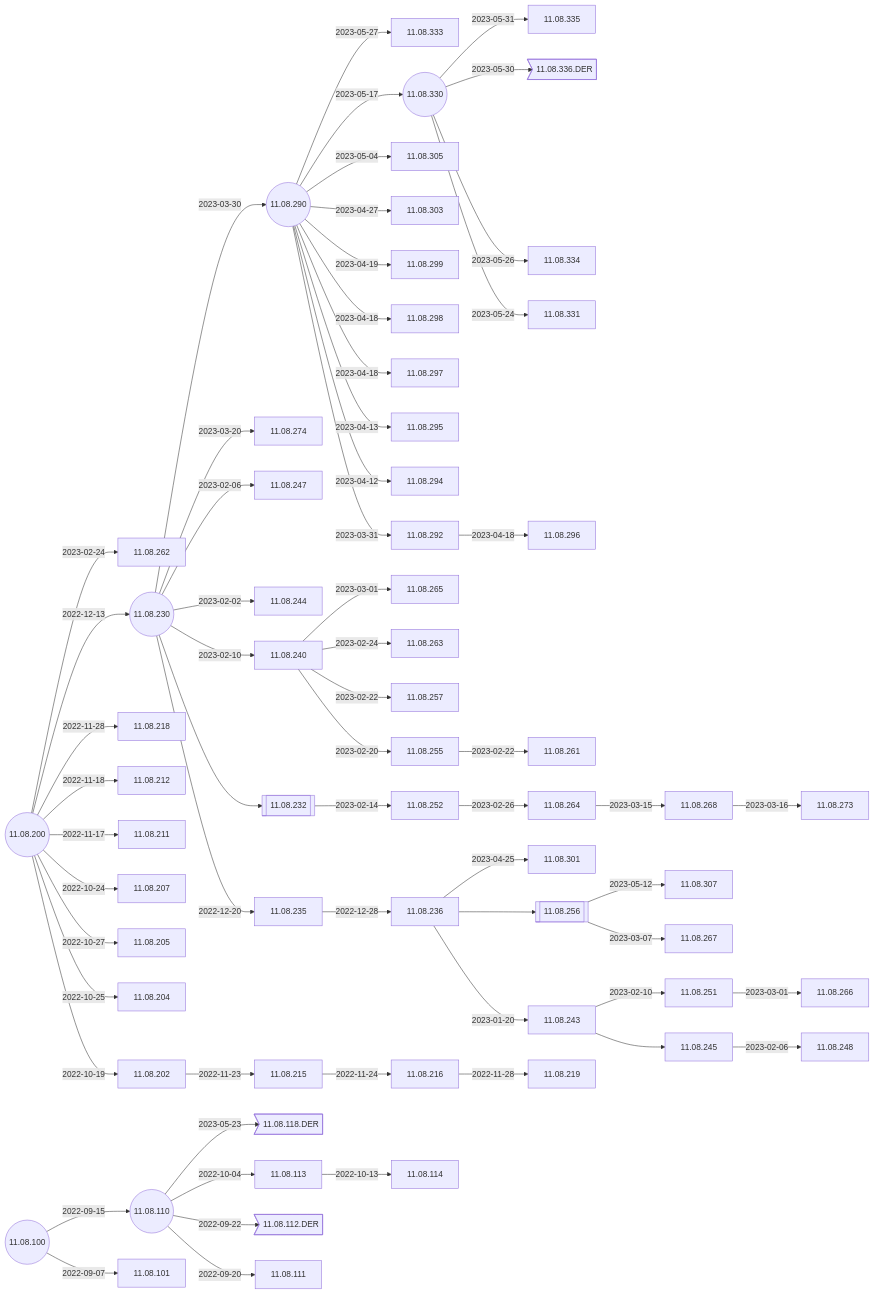
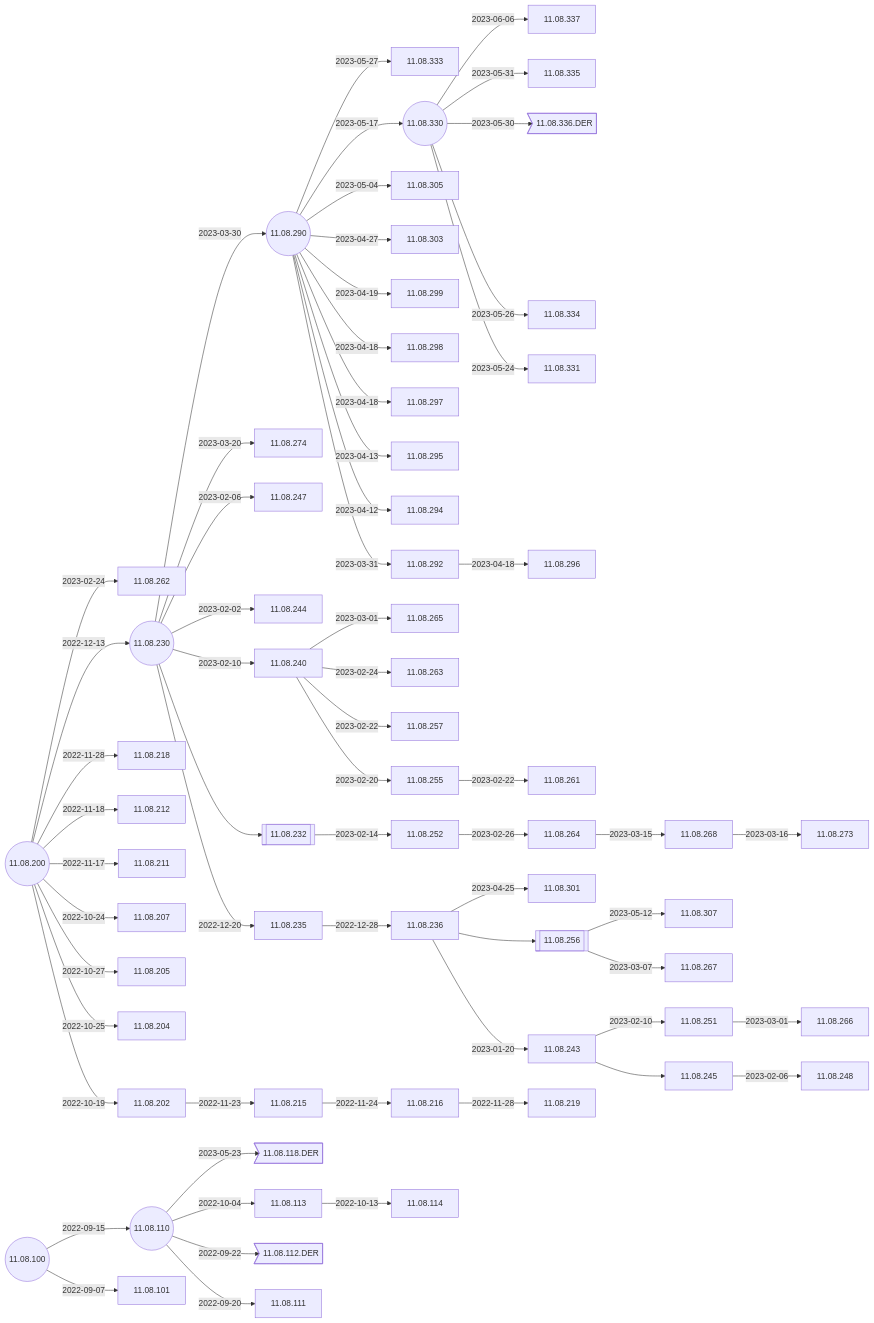
One commit to IGEL-Community/IGEL-Docs-v02 changed the second of 4 diagrams in docs/Docs/ReleaseNotes/01-OS11/README.md. Above: the diagram before and after it, drawn with Mermaid. The commit also changed 2 other files, not shown here.

Commit message:
11.08.337 <- 11.08.330

````diff
--- a/docs/Docs/ReleaseNotes/01-OS11/README.md
+++ b/docs/Docs/ReleaseNotes/01-OS11/README.md
@@ -39,5 +39,6 @@
 ```mermaid
 flowchart LR
+    11.08.330-- 2023-06-06 -->11.08.337
     11.08.330-- 2023-05-31 -->11.08.335
     11.08.330-- 2023-05-30 -->11.08.336.DER>11.08.336.DER]
     11.08.290-- 2023-05-27 -->11.08.333
@@ -82,6 +83,7 @@
     11.08.110((11.08.110))-- 2022-09-22 -->11.08.112.DER>11.08.112.DER]
     11.08.100-- 2022-09-15 -->11.08.110-- 2022-09-20 -->11.08.111
     11.08.100((11.08.100))-- 2022-09-07 -->11.08.101
+    click 11.08.337 "https://github.com/IGEL-Community/IGEL-Docs-v02/tree/main/docs/Docs/ReleaseNotes/01-OS11/readme11.08.337.txt" _blank
     click 11.08.335 "https://github.com/IGEL-Community/IGEL-Docs-v02/tree/main/docs/Docs/ReleaseNotes/01-OS11/readme11.08.335.txt" _blank
     click 11.08.336.DER "https://github.com/IGEL-Community/IGEL-Docs-v02/tree/main/docs/Docs/ReleaseNotes/01-OS11/readme11.08.336.DER.txt" _blank
     click 11.08.333 "https://github.com/IGEL-Community/IGEL-Docs-v02/tree/main/docs/Docs/ReleaseNotes/01-OS11/readme11.08.333.txt" _blank
````
